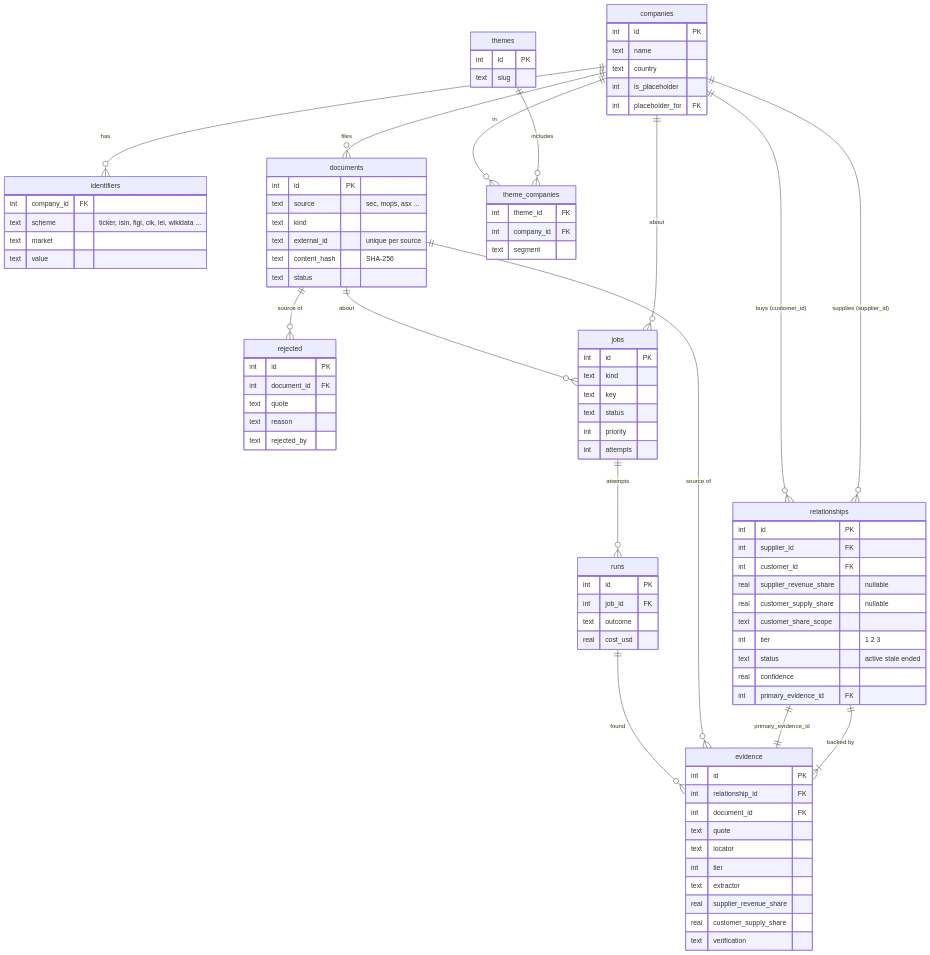
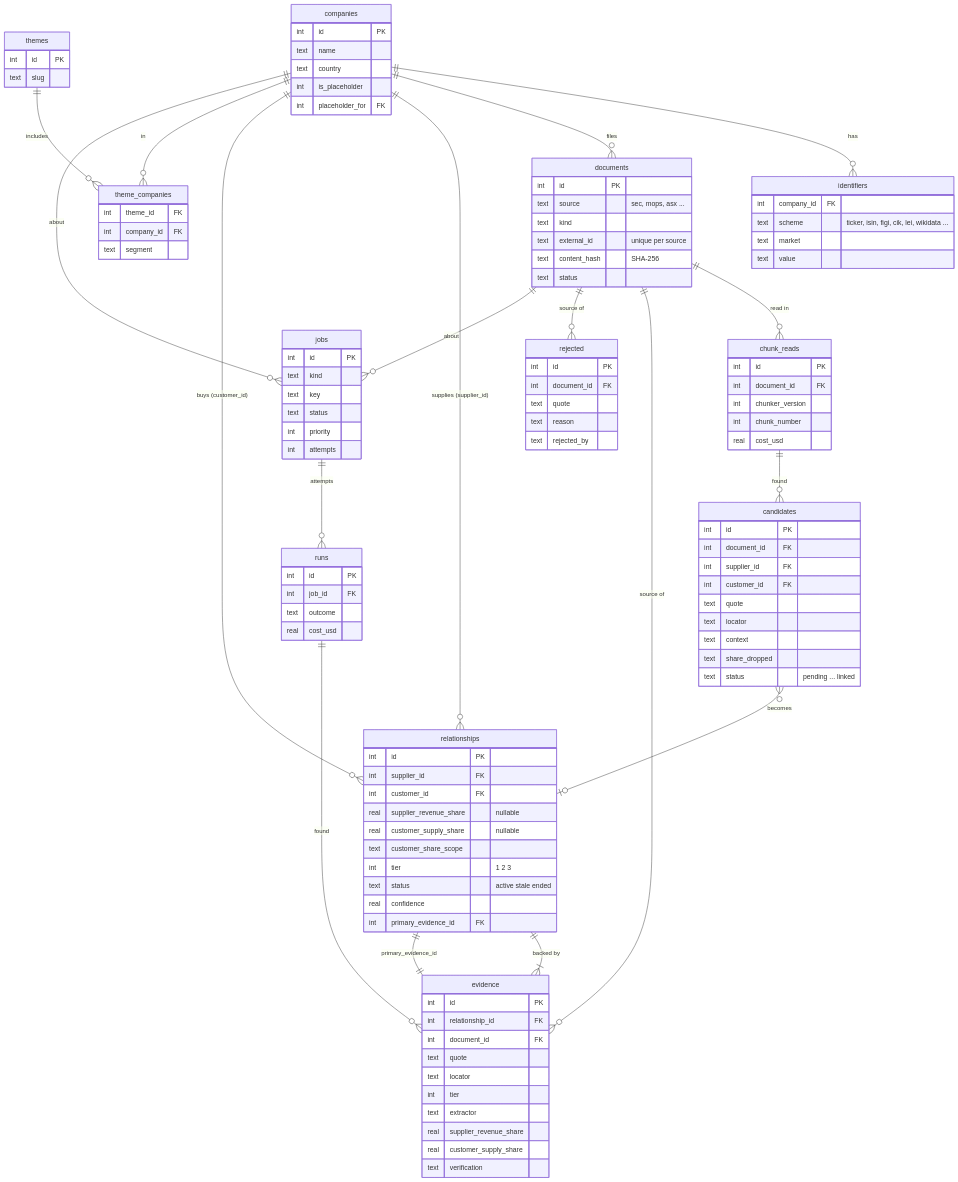
The diagram in docs/supply-chain-graph.md (Indomie-glitch/ibkr-portfolio-manager), drawn with Mermaid before and after one commit. The commit also changed other lines of this file and 3 other files, not shown here.

```diff
--- a/docs/supply-chain-graph.md
+++ b/docs/supply-chain-graph.md
@@ -47,6 +49,9 @@
 erDiagram
     companies ||--o{ identifiers : "has"
     companies ||--o{ documents : "files"
+    documents ||--o{ chunk_reads : "read in"
+    chunk_reads ||--o{ candidates : "found"
+    candidates }o--o| relationships : "becomes"
     companies ||--o{ relationships : "supplies (supplier_id)"
     companies ||--o{ relationships : "buys (customer_id)"
     relationships ||--|{ evidence : "backed by"
@@ -112,6 +117,20 @@
         real cost_usd }
     themes { int id PK
         text slug }
+    chunk_reads { int id PK
+        int document_id FK
+        int chunker_version
+        int chunk_number
+        real cost_usd }
+    candidates { int id PK
+        int document_id FK
+        int supplier_id FK
+        int customer_id FK
+        text quote
+        text locator
+        text context
+        text share_dropped
+        text status "pending ... linked" }
     theme_companies { int theme_id FK
         int company_id FK
         text segment }
```
